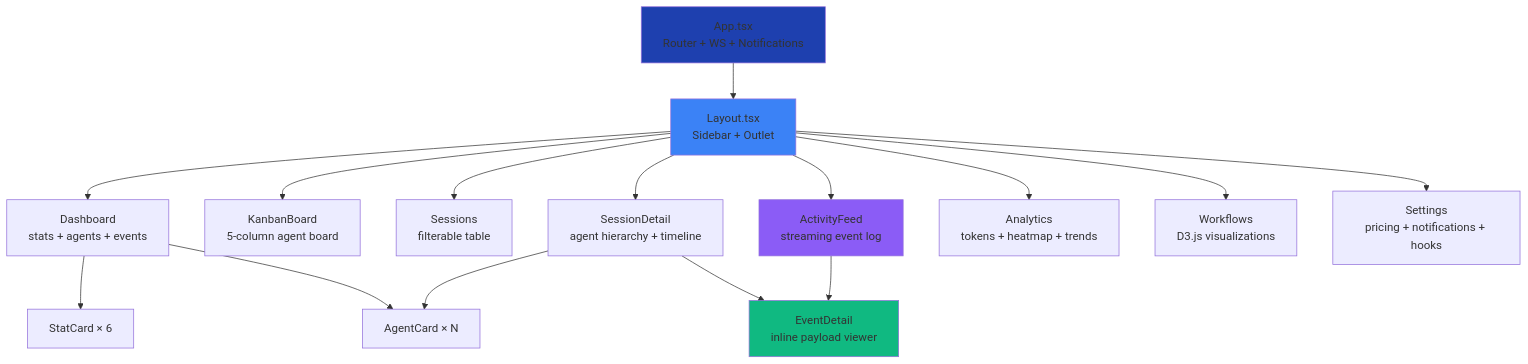
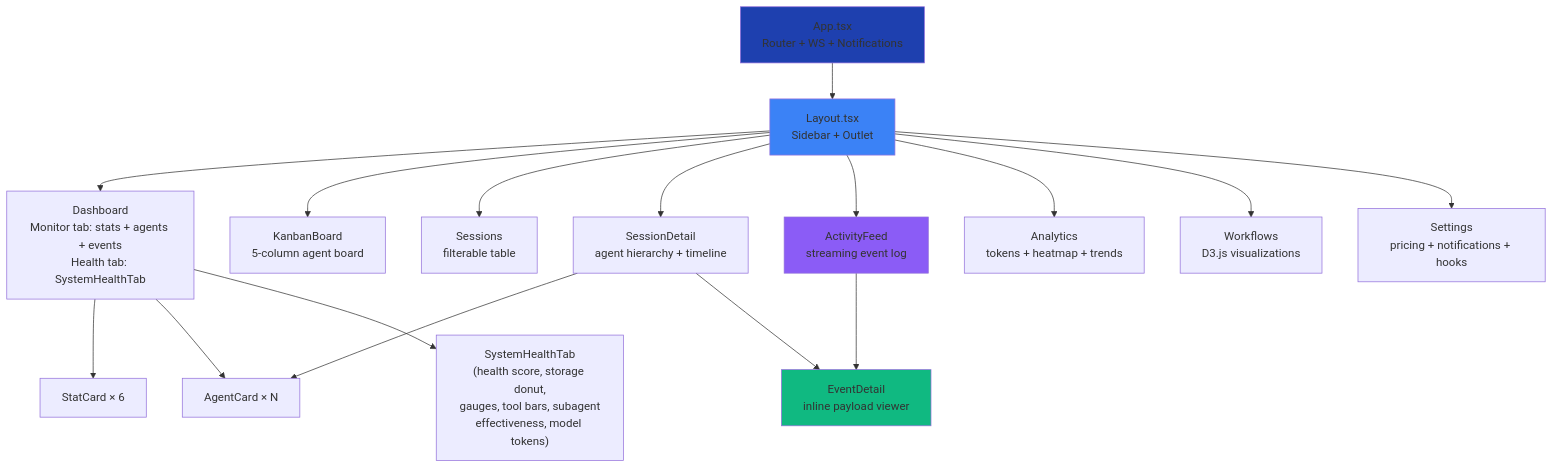
The third of 19 diagrams in client/README.md (StrainReviews/Claude-Code-Agent-Monitor), drawn with Mermaid before and after one commit. The commit also changed 7 other files, not shown here.

Commit message:
feat(ui): enhance dashboard with Monitor and Health tabs, updating system health metrics and UI elements

````diff
--- a/client/README.md
+++ b/client/README.md
@@ -224,28 +224,29 @@
 ```mermaid
 graph TB
     App[App.tsx<br/>Router + WS + Notifications]
     Layout[Layout.tsx<br/>Sidebar + Outlet]
 
-    Dashboard[Dashboard<br/>stats + agents + events]
+    Dashboard[Dashboard<br/>Monitor tab: stats + agents + events<br/>Health tab: SystemHealthTab]
     Kanban[KanbanBoard<br/>5-column agent board]
     Sessions[Sessions<br/>filterable table]
     Detail[SessionDetail<br/>agent hierarchy + timeline]
     Feed[ActivityFeed<br/>streaming event log]
     Analytics[Analytics<br/>tokens + heatmap + trends]
     Workflows[Workflows<br/>D3.js visualizations]
     Settings[Settings<br/>pricing + notifications + hooks]
 
     App --> Layout
     Layout --> Dashboard & Kanban & Sessions & Detail & Feed & Analytics & Workflows & Settings
 
     Dashboard --> StatCard[StatCard × 6]
     Dashboard --> AgentCard[AgentCard × N]
+    Dashboard --> HealthTab["SystemHealthTab<br/>(health score, storage donut,<br/>gauges, tool bars, subagent<br/>effectiveness, model tokens)"]
     Detail --> AgentCard
     Feed --> EventDetail[EventDetail<br/>inline payload viewer]
     Detail --> EventDetail
 
     style App fill:#1E40AF
     style Layout fill:#3B82F6
     style Feed fill:#8B5CF6
     style EventDetail fill:#10B981
 ```
````
